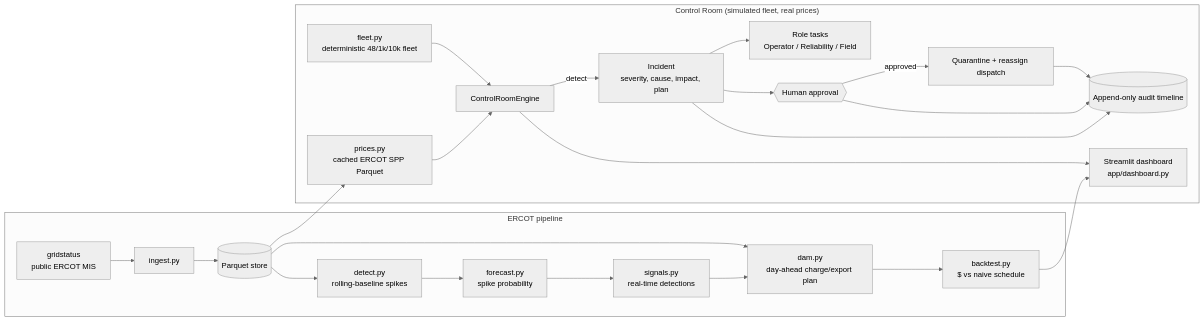
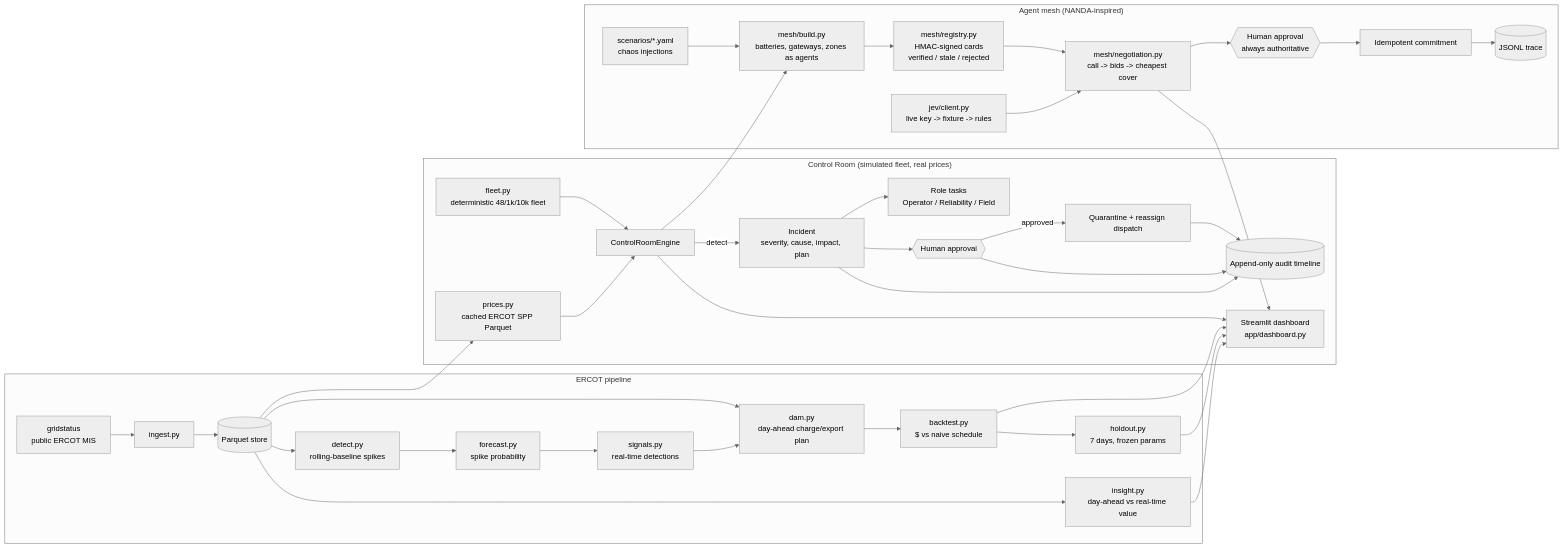
Before and after one commit to Regantih/gridsignal: the diagram in README.md, drawn with Mermaid (neutral theme). The commit also changed other lines of this file and 25 other files, not shown here.

````diff
--- a/README.md
+++ b/README.md
@@ -237,25 +357,40 @@
 ```mermaid
 flowchart LR
     subgraph CR["Control Room (simulated fleet, real prices)"]
         F[fleet.py<br/>deterministic 48/1k/10k fleet] --> E[ControlRoomEngine]
         PR[prices.py<br/>cached ERCOT SPP Parquet] --> E
         E -->|detect| I[Incident<br/>severity, cause, impact, plan]
         I --> T[Role tasks<br/>Operator / Reliability / Field]
         I --> H{{Human approval}}
         H -->|approved| R[Quarantine + reassign dispatch]
         R --> A[(Append-only audit timeline)]
         H --> A
         I --> A
         E --> D[Streamlit dashboard<br/>app/dashboard.py]
     end
     subgraph GP["ERCOT pipeline"]
         G[gridstatus<br/>public ERCOT MIS] --> P[ingest.py] --> Q[(Parquet store)]
         Q --> PR
         Q --> DT[detect.py<br/>rolling-baseline spikes] --> FC[forecast.py<br/>spike probability]
         Q --> DM[dam.py<br/>day-ahead charge/export plan]
         FC --> SG[signals.py<br/>real-time detections]
         SG --> DM
         DM --> BT[backtest.py<br/>$ vs naive schedule]
+        BT --> HO[holdout.py<br/>7 days, frozen params]
+        Q --> IN[insight.py<br/>day-ahead vs real-time value]
         BT --> D
+        HO --> D
+        IN --> D
+    end
+    subgraph AM["Agent mesh (NANDA-inspired)"]
+        E --> BU[mesh/build.py<br/>batteries, gateways, zones as agents]
+        BU --> RG[mesh/registry.py<br/>HMAC-signed cards<br/>verified / stale / rejected]
+        RG --> NG[mesh/negotiation.py<br/>call -> bids -> cheapest cover]
+        JV[jev/client.py<br/>live key -> fixture -> rules] --> NG
+        NG --> HG{{Human approval<br/>always authoritative}}
+        HG --> CM[Idempotent commitment]
+        CM --> TR[(JSONL trace)]
+        SC[scenarios/*.yaml<br/>chaos injections] --> BU
+        NG --> D
     end
 ```
````
